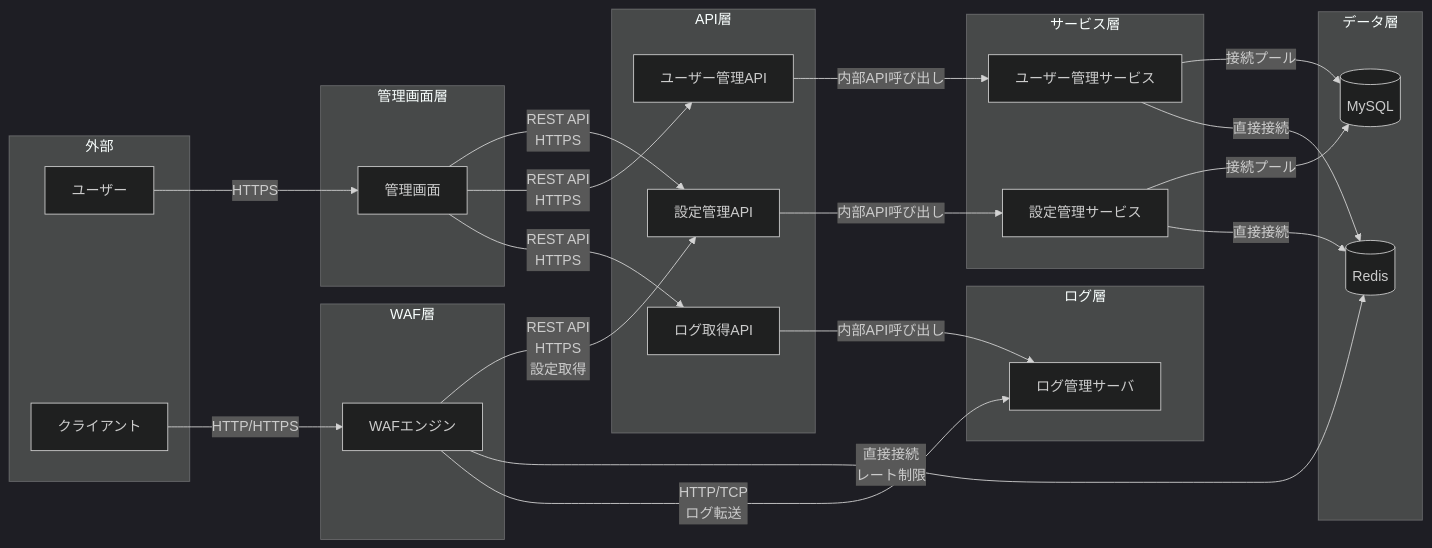
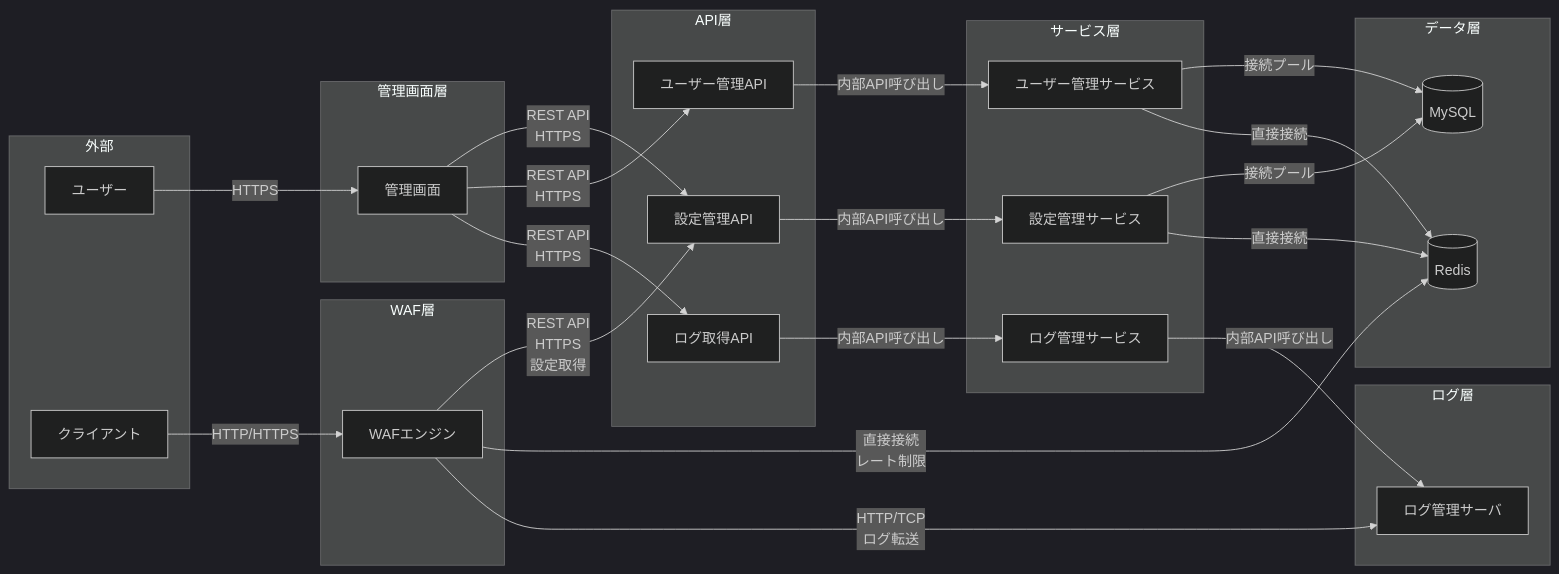
One commit to kencom2400/MrWebDefence-Design changed the second of 6 diagrams in DESIGN.md. Above: the diagram before and after it, drawn with Mermaid (dark theme). The commit also changed other lines of this file and 1 other file, not shown here.

````diff
--- a/DESIGN.md
+++ b/DESIGN.md
@@ -509,55 +513,57 @@
 ```mermaid
 graph LR
     subgraph "外部"
         User[ユーザー]
         Client[クライアント]
     end
 
     subgraph "管理画面層"
         AdminUI[管理画面]
     end
 
     subgraph "API層"
         ConfigAPI[設定管理API]
         UserAPI[ユーザー管理API]
         LogAPI[ログ取得API]
     end
 
     subgraph "サービス層"
         ConfigService[設定管理サービス]
         UserService[ユーザー管理サービス]
+        LogService[ログ管理サービス]
     end
 
     subgraph "データ層"
         MySQL[(MySQL)]
         Redis[(Redis)]
     end
 
     subgraph "WAF層"
         WAFEngine[WAFエンジン]
     end
 
     subgraph "ログ層"
         LogServer[ログ管理サーバ]
     end
 
     User -->|HTTPS| AdminUI
     Client -->|HTTP/HTTPS| WAFEngine
 
     AdminUI -->|REST API<br/>HTTPS| ConfigAPI
     AdminUI -->|REST API<br/>HTTPS| UserAPI
     AdminUI -->|REST API<br/>HTTPS| LogAPI
 
     ConfigAPI -->|内部API呼び出し| ConfigService
     UserAPI -->|内部API呼び出し| UserService
-    LogAPI -->|内部API呼び出し| LogServer
+    LogAPI -->|内部API呼び出し| LogService
 
     ConfigService -->|接続プール| MySQL
     ConfigService -->|直接接続| Redis
     UserService -->|接続プール| MySQL
     UserService -->|直接接続| Redis
+    LogService -->|内部API呼び出し| LogServer
 
     WAFEngine -->|REST API<br/>HTTPS<br/>設定取得| ConfigAPI
     WAFEngine -->|直接接続<br/>レート制限| Redis
     WAFEngine -->|HTTP/TCP<br/>ログ転送| LogServer
 ```
````
